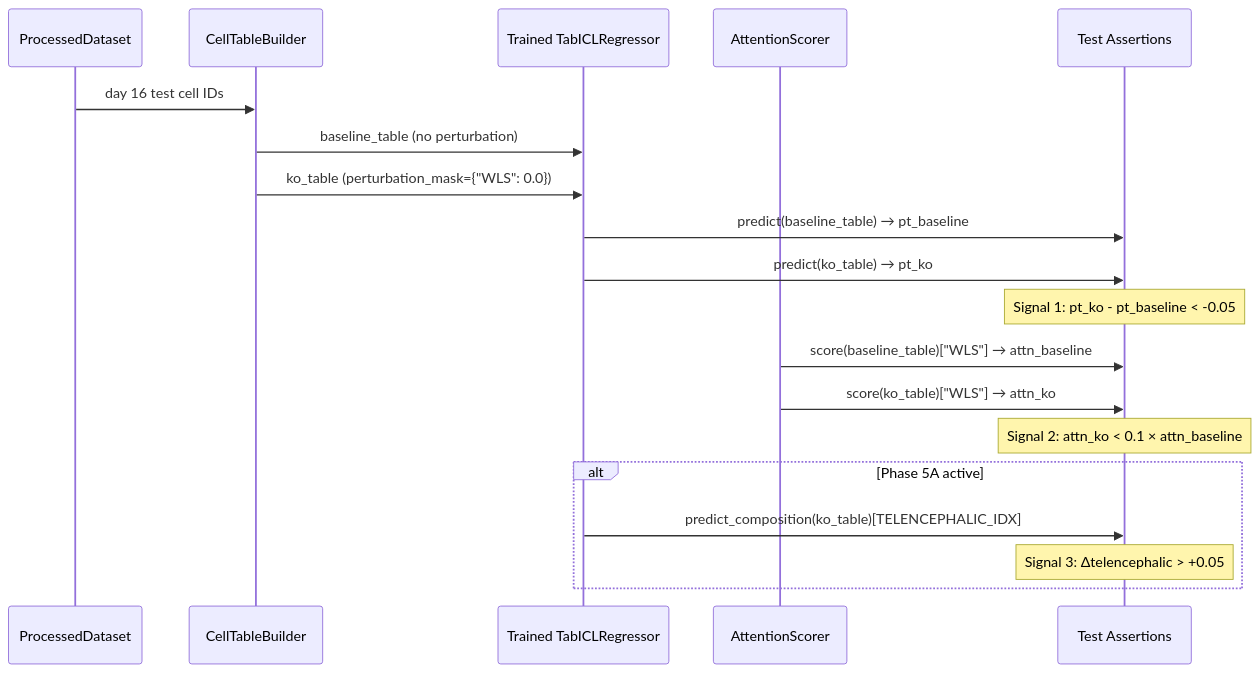
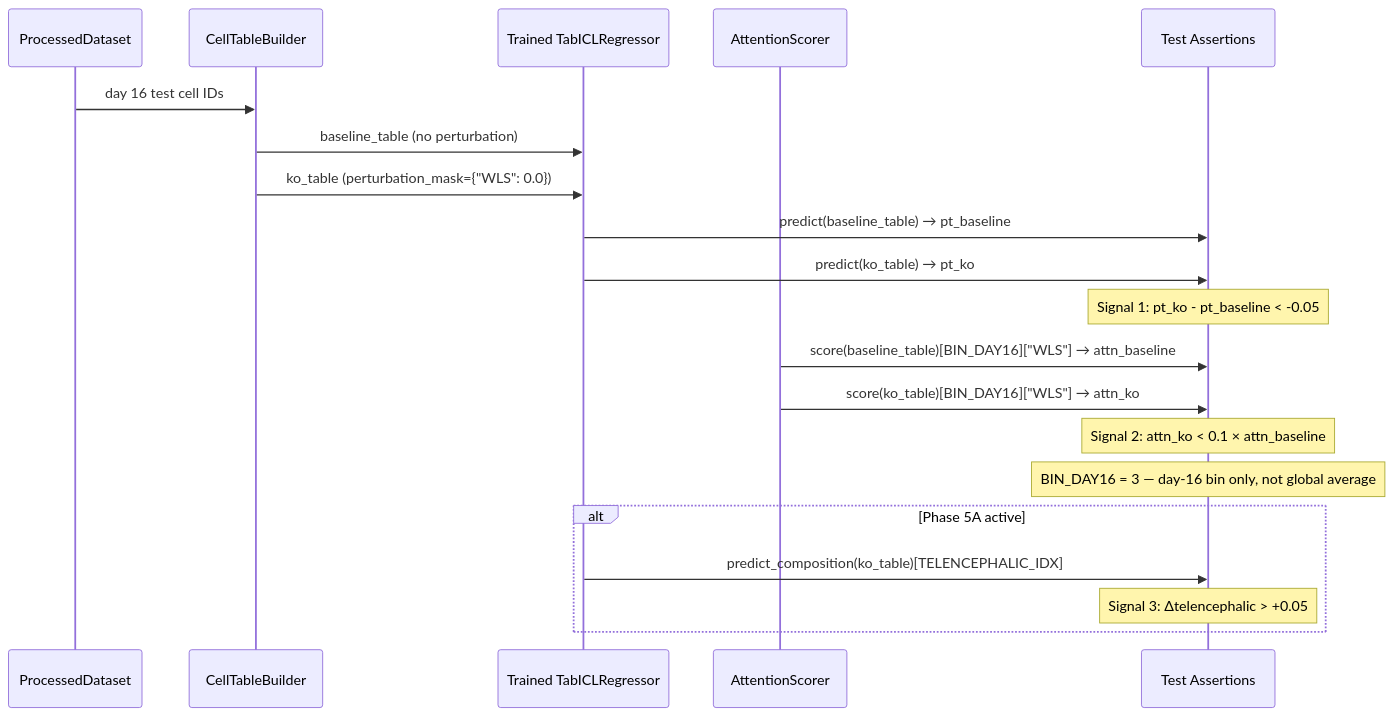
The third of 3 diagrams in technical_design.md (ChristianLangridge/TabGRN), drawn with Mermaid before and after one commit. The commit also changed other lines of this file and 1 other file, not shown here.

````diff
--- a/technical_design.md
+++ b/technical_design.md
@@ -586,25 +716,26 @@
 ```mermaid
 sequenceDiagram
     participant DS as ProcessedDataset
     participant CB as CellTableBuilder
     participant M as Trained TabICLRegressor
     participant AS as AttentionScorer
     participant T as Test Assertions
 
     DS->>CB: day 16 test cell IDs
     CB->>M: baseline_table (no perturbation)
     CB->>M: ko_table (perturbation_mask={"WLS": 0.0})
 
     M->>T: predict(baseline_table) → pt_baseline
     M->>T: predict(ko_table) → pt_ko
     Note over T: Signal 1: pt_ko - pt_baseline < -0.05
 
-    AS->>T: score(baseline_table)["WLS"] → attn_baseline
-    AS->>T: score(ko_table)["WLS"] → attn_ko
+    AS->>T: score(baseline_table)[BIN_DAY16]["WLS"] → attn_baseline
+    AS->>T: score(ko_table)[BIN_DAY16]["WLS"] → attn_ko
     Note over T: Signal 2: attn_ko < 0.1 × attn_baseline
+    Note over T: BIN_DAY16 = 3 — day-16 bin only, not global average
 
     alt Phase 5A active
         M->>T: predict_composition(ko_table)[TELENCEPHALIC_IDX]
         Note over T: Signal 3: Δtelencephalic > +0.05
     end
 ```
````
